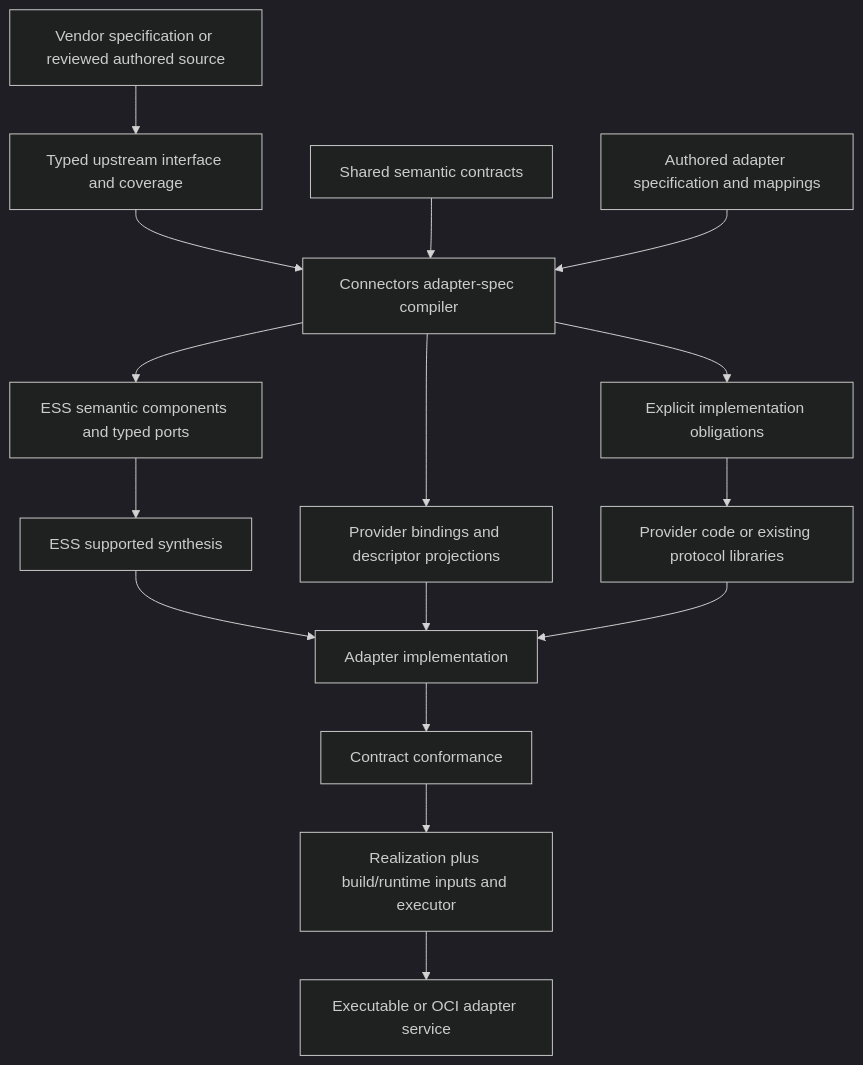
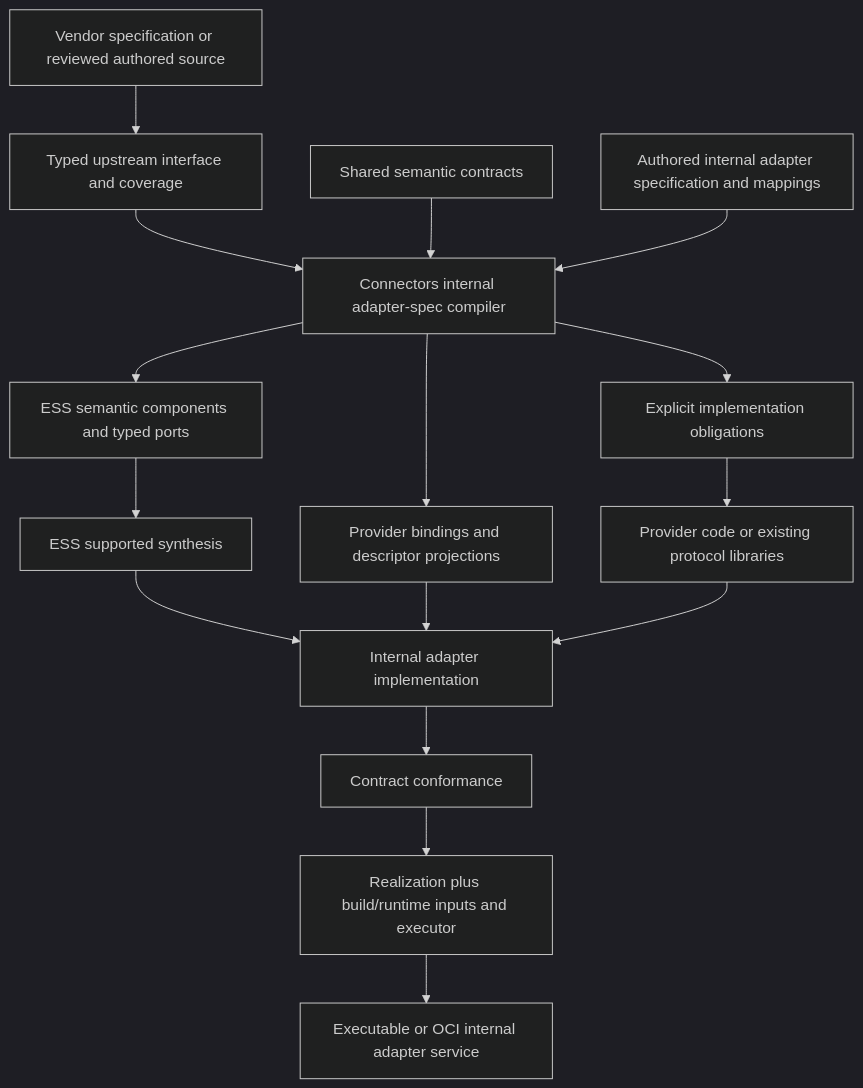
The third of 3 diagrams in docs/design.md (beyond10x/connectors), drawn with Mermaid (dark theme) before and after one commit. The commit also changed other lines of this file and 11 other files, not shown here.

````diff
--- a/docs/design.md
+++ b/docs/design.md
@@ -900,18 +903,18 @@
 ```mermaid
 flowchart TD
     upstream[Vendor specification or reviewed authored source] --> imported[Typed upstream interface and coverage]
-    imported --> compiler[Connectors adapter-spec compiler]
+    imported --> compiler[Connectors internal adapter-spec compiler]
     contracts[Shared semantic contracts] --> compiler
-    spec[Authored adapter specification and mappings] --> compiler
+    spec[Authored internal adapter specification and mappings] --> compiler
     compiler --> semantic[ESS semantic components and typed ports]
     compiler --> bindings[Provider bindings and descriptor projections]
     compiler --> obligations[Explicit implementation obligations]
     semantic --> synth[ESS supported synthesis]
-    synth --> implementation[Adapter implementation]
+    synth --> implementation[Internal adapter implementation]
     bindings --> implementation
     obligations --> code[Provider code or existing protocol libraries]
     code --> implementation
     implementation --> tests[Contract conformance]
     tests --> build[Realization plus build/runtime inputs and executor]
-    build --> artifact[Executable or OCI adapter service]
+    build --> artifact[Executable or OCI internal adapter service]
 ```
````
